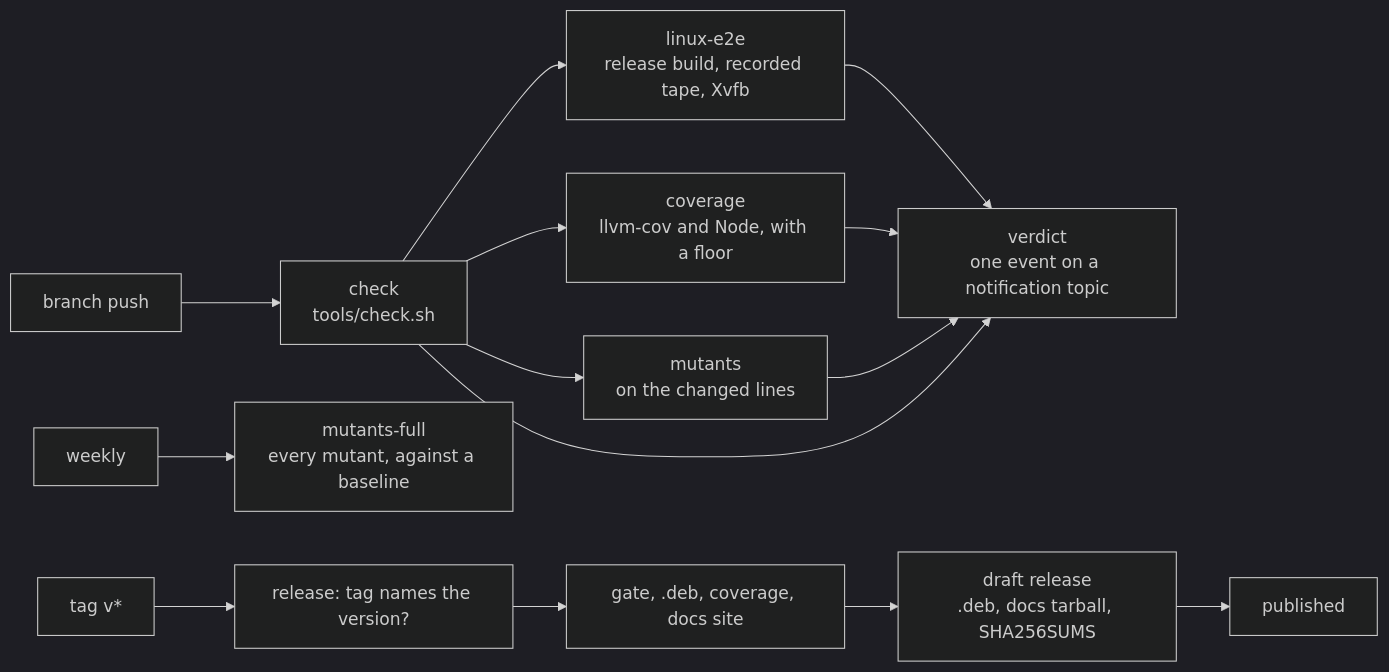
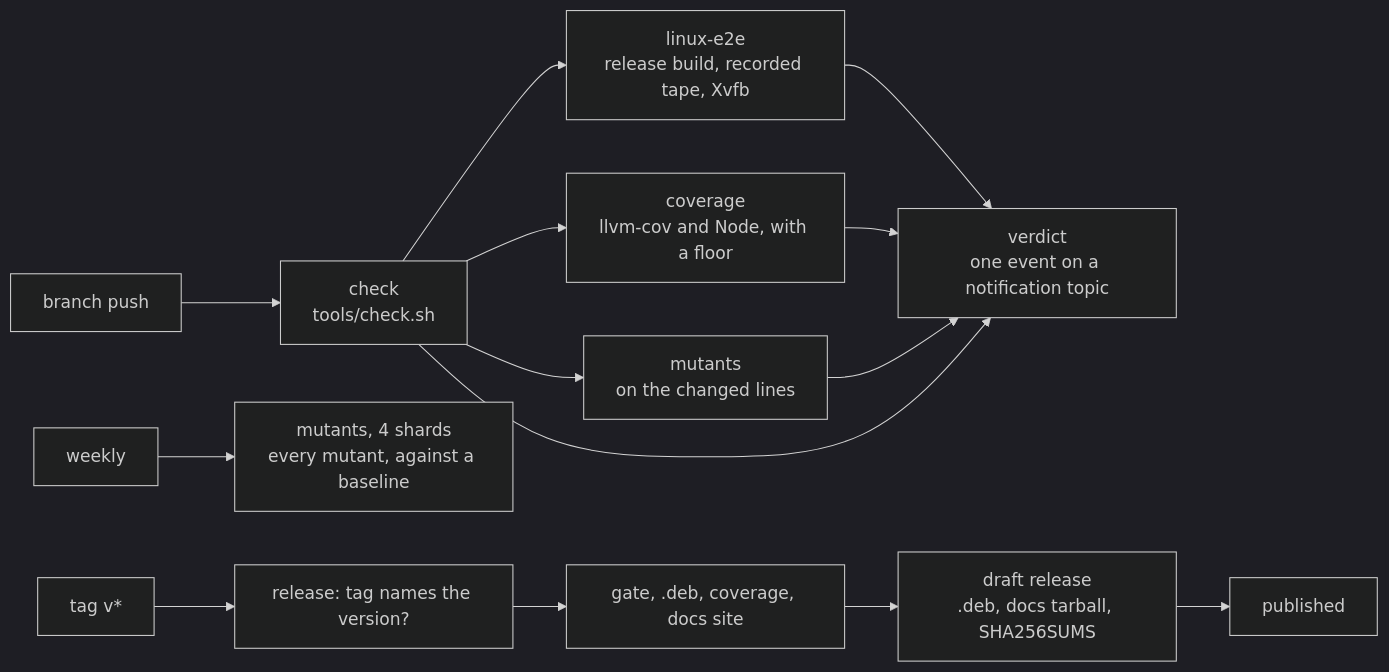
Before and after one commit to jake-king/maps-tauri: the diagram in book/src/testing.md, drawn with Mermaid (dark theme). The commit also changed other lines of this file and 3 other files, not shown here.

First line of the commit message:
ci: shard the weekly full mutation run

````diff
--- a/book/src/testing.md
+++ b/book/src/testing.md
@@ -93,16 +94,16 @@
 ```mermaid
 flowchart LR
   push["branch push"] --> check["check<br/>tools/check.sh"]
   check --> e2e["linux-e2e<br/>release build, recorded tape, Xvfb"]
   check --> cov["coverage<br/>llvm-cov and Node, with a floor"]
   e2e --> verdict["verdict<br/>one event on a notification topic"]
   check --> mut["mutants<br/>on the changed lines"]
   cov --> verdict
   mut --> verdict
   check --> verdict
-  week["weekly"] --> mfull["mutants-full<br/>every mutant, against a baseline"]
+  week["weekly"] --> mfull["mutants, 4 shards<br/>every mutant, against a baseline"]
   tag["tag v*"] --> vcheck["release: tag names the version?"]
   vcheck --> rgate["gate, .deb, coverage, docs site"]
   rgate --> draft["draft release<br/>.deb, docs tarball, SHA256SUMS"]
   draft --> pub["published"]
 ```
````
